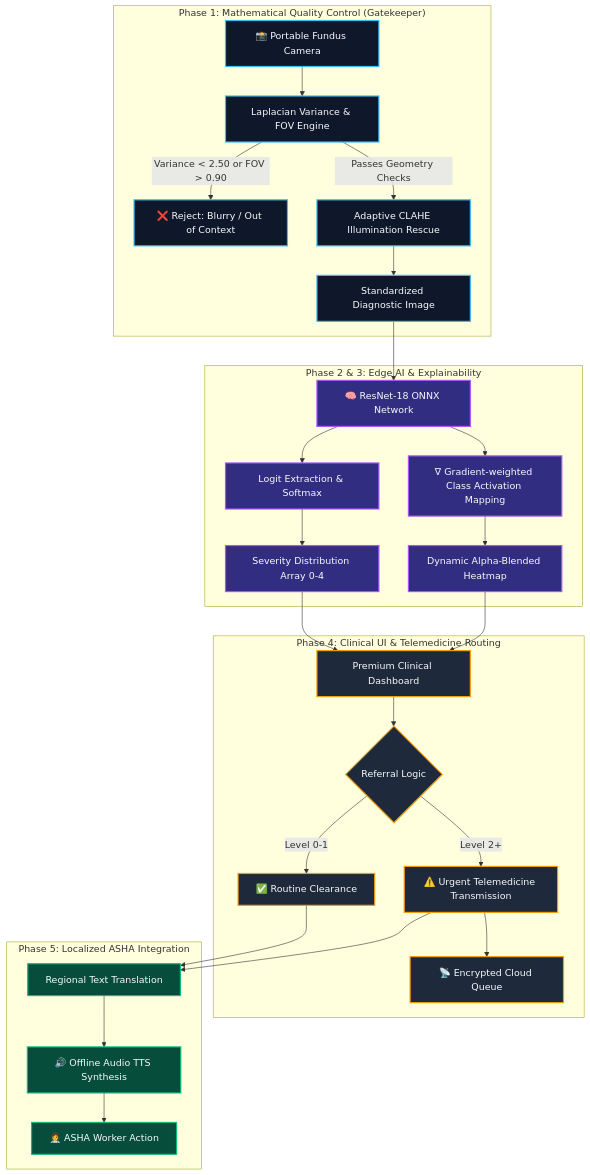
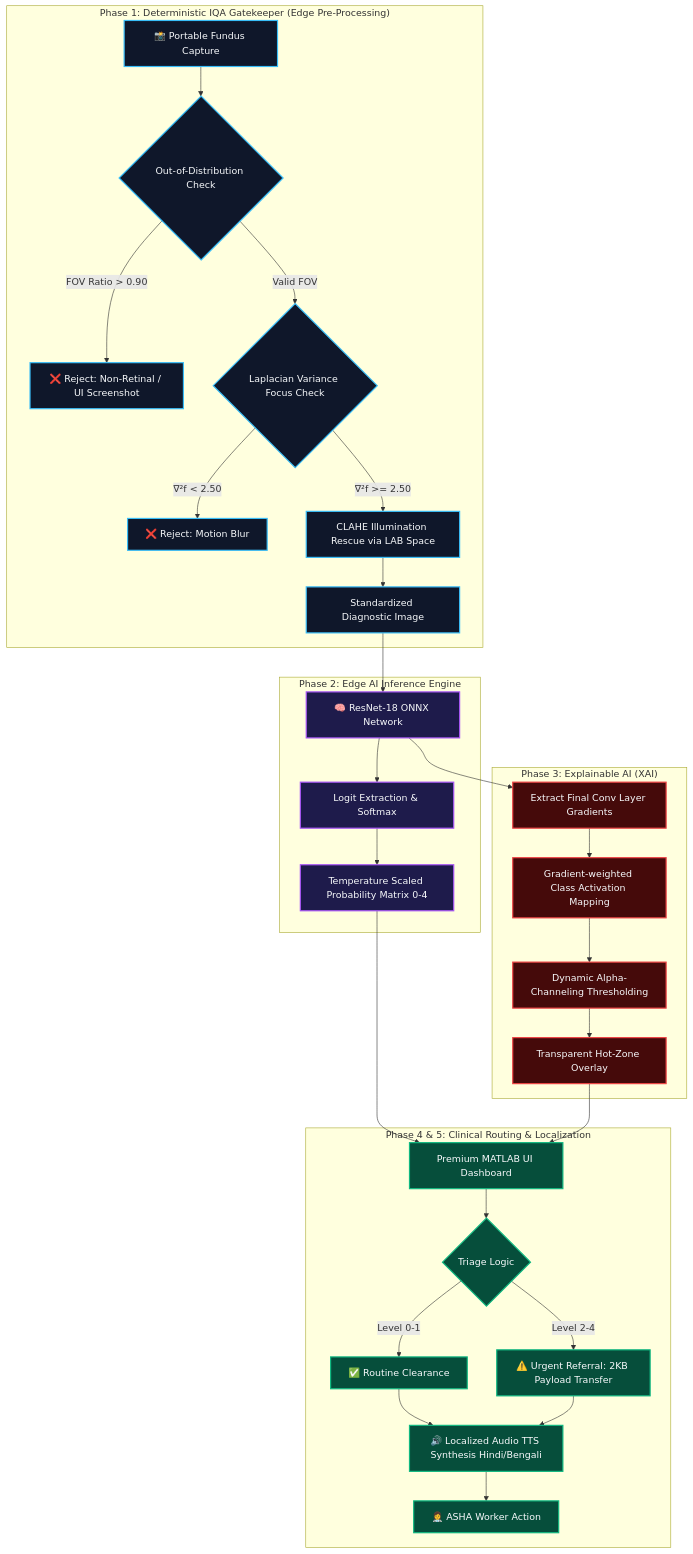
The diagram in README.md (x2ankit/eDRis), drawn with Mermaid before and after one commit. The commit also changed other lines of this file, not shown here.

Commit message:
docs: PhD-level mathematical overhaul of README focusing on edge cases, XAI noise reduction, and CIELAB color space metrics

````diff
--- a/README.md
+++ b/README.md
@@ -30,43 +39,45 @@
 ```mermaid
 graph TD
     classDef edge fill:#0f172a,stroke:#38bdf8,stroke-width:2px,color:#f8fafc
-    classDef network fill:#1e293b,stroke:#f59e0b,stroke-width:2px,color:#f8fafc
-    classDef cloud fill:#312e81,stroke:#a855f7,stroke-width:2px,color:#f8fafc
+    classDef inference fill:#1e1b4b,stroke:#a855f7,stroke-width:2px,color:#f8fafc
+    classDef xai fill:#450a0a,stroke:#ef4444,stroke-width:2px,color:#f8fafc
     classDef human fill:#064e3b,stroke:#10b981,stroke-width:2px,color:#f8fafc
 
-    subgraph "Phase 1: Mathematical Quality Control (Gatekeeper)"
-        A[📸 Portable Fundus Camera] --> B[Laplacian Variance & FOV Engine]
-        B -->|Variance < 2.50 or FOV > 0.90| C[❌ Reject: Blurry / Out of Context]
-        B -->|Passes Geometry Checks| D[Adaptive CLAHE Illumination Rescue]
-        D --> E[Standardized Diagnostic Image]
+    subgraph "Phase 1: Deterministic IQA Gatekeeper (Edge Pre-Processing)"
+        A[📸 Portable Fundus Capture] --> B{Out-of-Distribution Check}
+        B -->|FOV Ratio > 0.90| C[❌ Reject: Non-Retinal / UI Screenshot]
+        B -->|Valid FOV| D{Laplacian Variance Focus Check}
+        D -->|∇²f < 2.50| E[❌ Reject: Motion Blur]
+        D -->|∇²f >= 2.50| F[CLAHE Illumination Rescue via LAB Space]
+        F --> G[Standardized Diagnostic Image]
     end
 
-    subgraph "Phase 2 & 3: Edge AI & Explainability"
-        E --> F[🧠 ResNet-18 ONNX Network]
-        F --> G[Logit Extraction & Softmax]
-        F --> H[∇ Gradient-weighted Class Activation Mapping]
-        G --> I[Severity Distribution Array 0-4]
-        H --> J[Dynamic Alpha-Blended Heatmap]
+    subgraph "Phase 2: Edge AI Inference Engine"
+        G --> H[🧠 ResNet-18 ONNX Network]
+        H --> I[Logit Extraction & Softmax]
+        I --> J[Temperature Scaled Probability Matrix 0-4]
     end
 
-    subgraph "Phase 4: Clinical UI & Telemedicine Routing"
-        I --> K[Premium Clinical Dashboard]
-        J --> K
-        K --> L{Referral Logic}
-        L -->|Level 0-1| M[✅ Routine Clearance]
-        L -->|Level 2+| N[⚠️ Urgent Telemedicine Transmission]
-        N --> O[📡 Encrypted Cloud Queue]
+    subgraph "Phase 3: Explainable AI (XAI)"
+        H --> K[Extract Final Conv Layer Gradients]
+        K --> L[Gradient-weighted Class Activation Mapping]
+        L --> M[Dynamic Alpha-Channeling Thresholding]
+        M --> N[Transparent Hot-Zone Overlay]
     end
 
-    subgraph "Phase 5: Localized ASHA Integration"
-        M --> P[Regional Text Translation]
-        N --> P
-        P --> Q[🔊 Offline Audio TTS Synthesis]
-        Q --> R[👩‍⚕️ ASHA Worker Action]
+    subgraph "Phase 4 & 5: Clinical Routing & Localization"
+        J --> O[Premium MATLAB UI Dashboard]
+        N --> O
+        O --> P{Triage Logic}
+        P -->|Level 0-1| Q[✅ Routine Clearance]
+        P -->|Level 2-4| R[⚠️ Urgent Referral: 2KB Payload Transfer]
+        Q --> S[🔊 Localized Audio TTS Synthesis Hindi/Bengali]
+        R --> S
+        S --> T[👩‍⚕️ ASHA Worker Action]
     end
 
-    class A,B,C,D,E edge
-    class F,G,H,I,J cloud
-    class K,L,M,N,O network
-    class P,Q,R human
+    class A,B,C,D,E,F,G edge
+    class H,I,J inference
+    class K,L,M,N xai
+    class O,P,Q,R,S,T human
 ```
````
